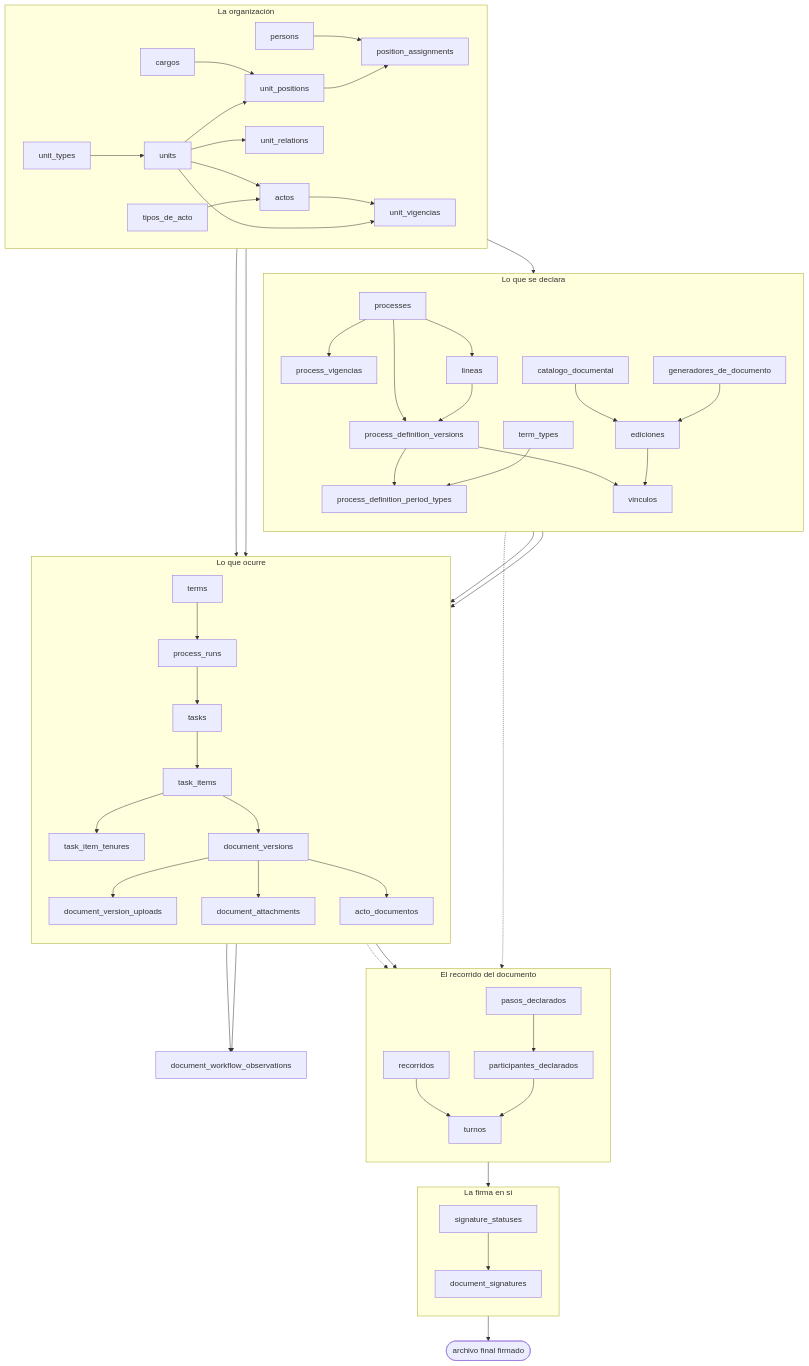
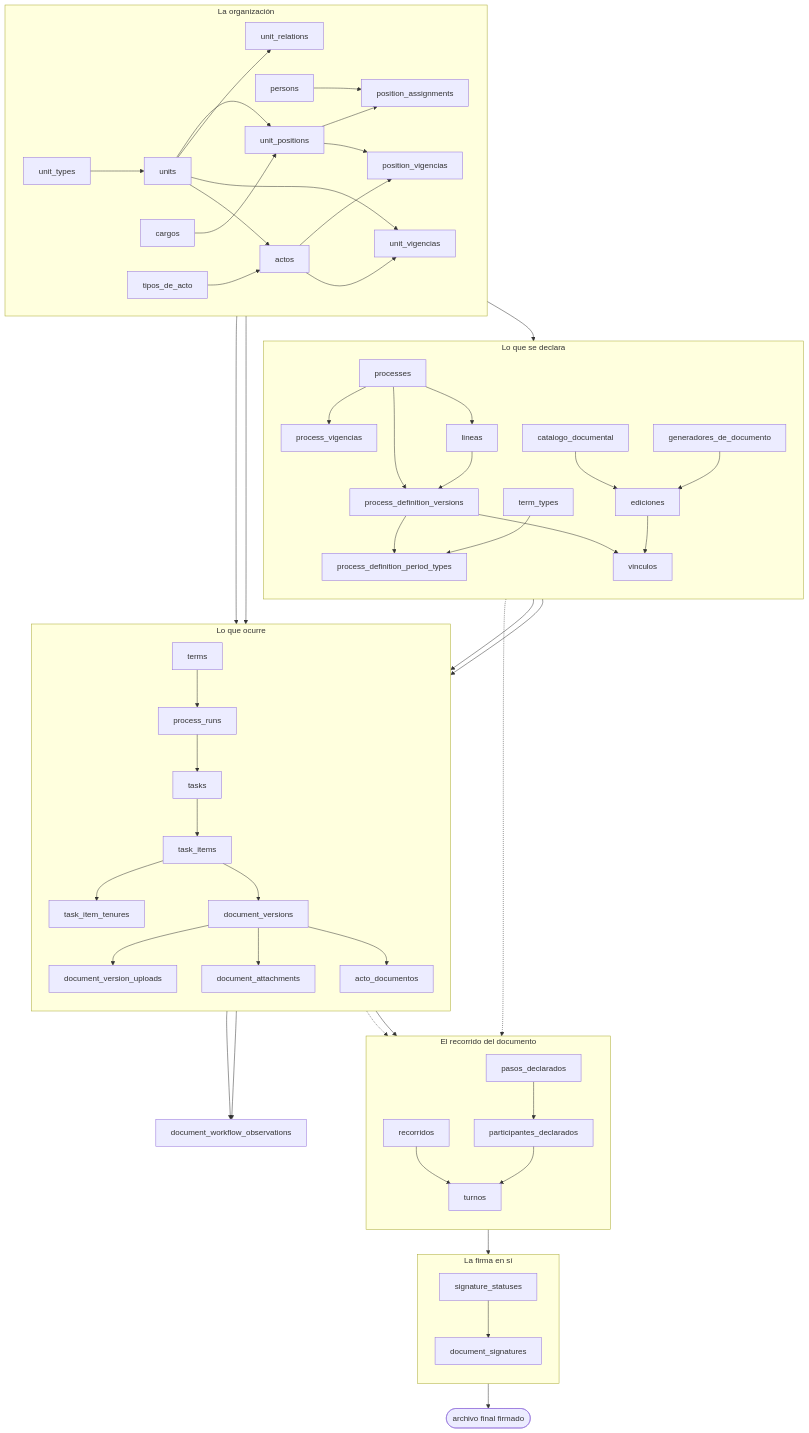
The diagram in docs/src/content/docs/modelo/mapa-completo.md (fresvel/deasy), drawn with Mermaid before and after one commit. The commit also changed other lines of this file and 40 other files, not shown here.

````diff
--- a/docs/src/content/docs/modelo/mapa-completo.md
+++ b/docs/src/content/docs/modelo/mapa-completo.md
@@ -22,68 +22,70 @@
 ```mermaid
 flowchart TB
   subgraph ORG["La organización"]
     direction LR
     UT["unit_types"] --> U["units"]
     U --> UP["unit_positions"]
     C["cargos"] --> UP
     UP --> PA["position_assignments"]
     P["persons"] --> PA
     U --> UR["unit_relations"]
     U --> UV["unit_vigencias"]
+    UP --> PVG["position_vigencias"]
+    ACT --> PVG
     TDA["tipos_de_acto"] --> ACT["actos"]
     U --> ACT
     ACT --> UV
   end
 
   subgraph DECL["Lo que se declara"]
     direction TB
     PR["processes"] --> PDV["process_definition_versions"]
     PR --> PV["process_vigencias"]
     ACT --> PV
     PR --> LIN["lineas"]
     LIN --> PDV
     PDV --> PDPT["process_definition_period_types"]
     TT["term_types"] --> PDPT
     DEL["catalogo_documental"] --> TA["ediciones"]
     GEN["generadores_de_documento"] --> TA
     PDV --> PDT["vinculos"]
     TA --> PDT
   end
 
   subgraph EJEC["Lo que ocurre"]
     direction TB
     PDV --> RUN["process_runs"]
     TERM["terms"] --> RUN
     RUN --> T["tasks"]
     T --> TI["task_items"]
     PDT --> TI
     UP --> TI
     TI --> TEN["task_item_tenures"]
     TI --> DV["document_versions"]
     DV --> DVU["document_version_uploads"]
     DV --> DA["document_attachments"]
     DV --> AD["acto_documentos"]
   end
 
   ACT --> AD
 
   subgraph REC["El recorrido del documento"]
     direction TB
     PASO["pasos_declarados"] --> PART["participantes_declarados"]
     RECO["recorridos"] --> TUR["turnos"]
     PART --> TUR
   end
 
   subgraph FIR["La firma en sí"]
     direction TB
     TUR --> DS["document_signatures"]
     SS["signature_statuses"] --> DS
   end
 
   TA -.-> PASO
   TI -.-> PASO
   DV --> RECO
   DS --> FIN(["archivo final firmado"])
   TI --> OBS["document_workflow_observations"]
   DV --> OBS
 ```
````
